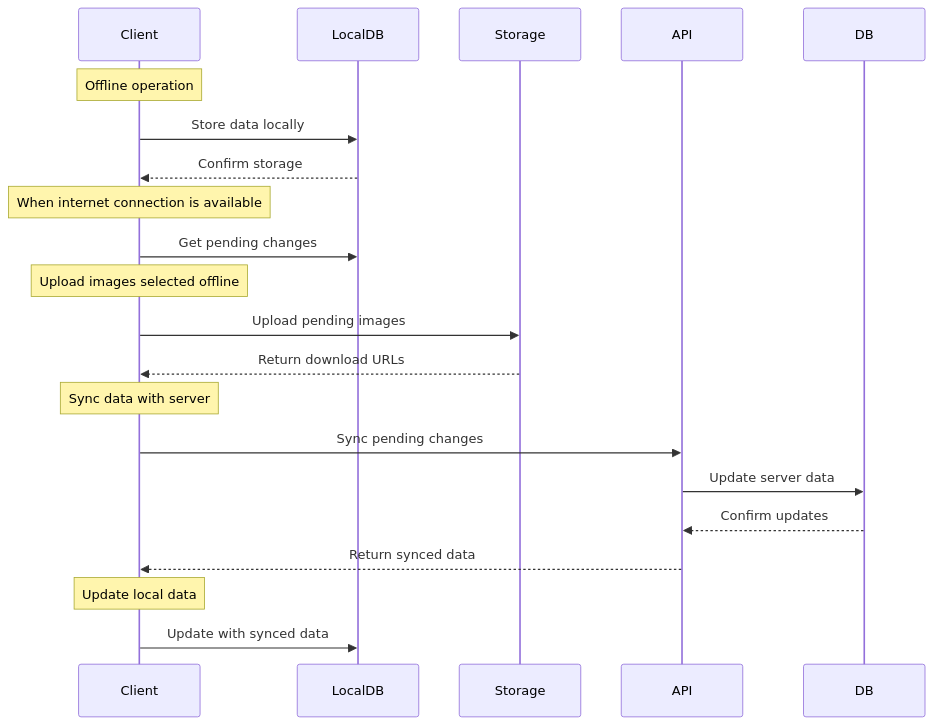
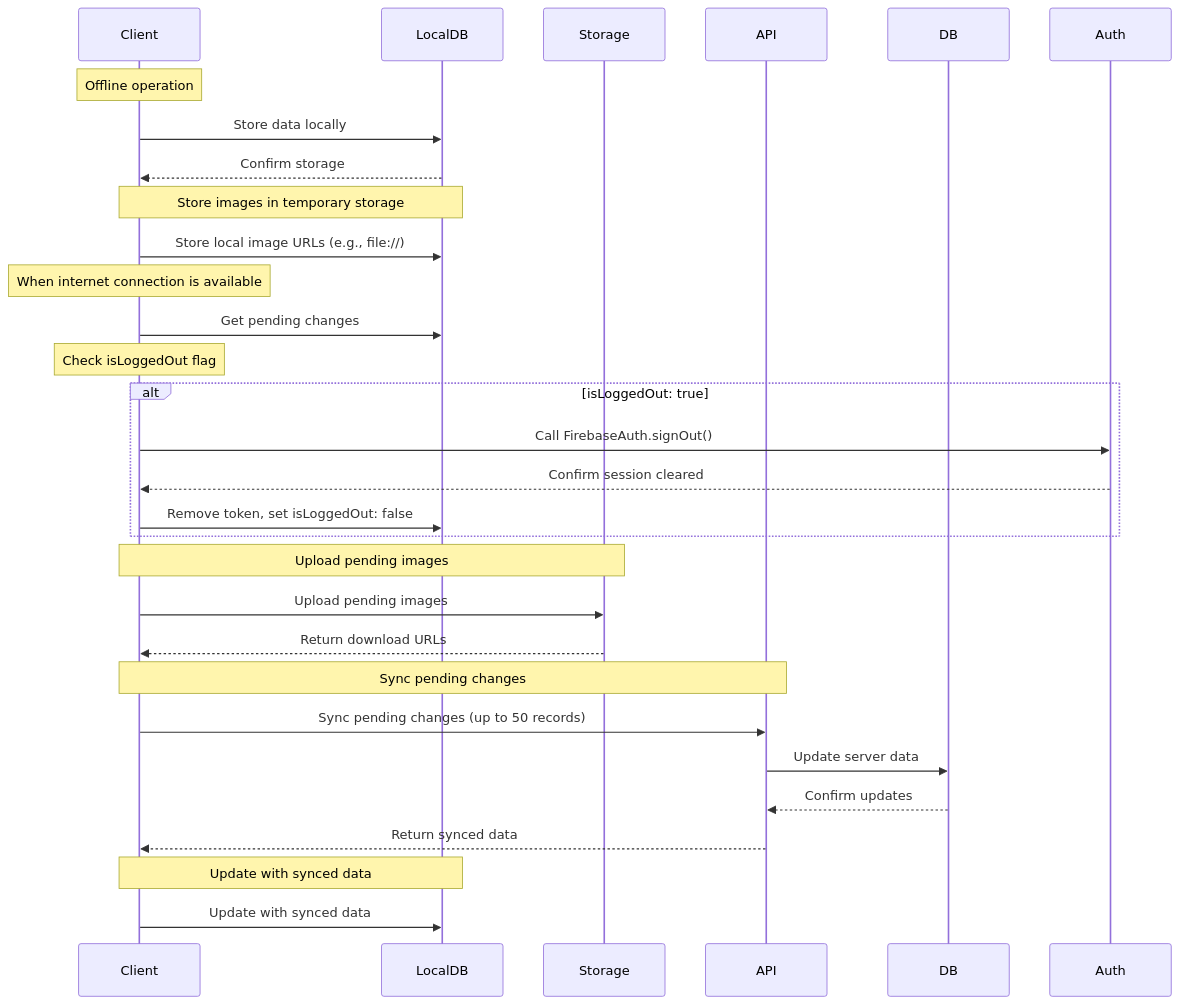
One commit to lhhiep2204/Locify changed the third of 5 diagrams in docs/Locify_System_Architecture.md. Above: the diagram before and after it, drawn with Mermaid. The commit also changed other lines of this file and 5 other files, not shown here.

Commit message:
Update documentation for clarity and optimized data flow notes

````diff
--- a/docs/Locify_System_Architecture.md
+++ b/docs/Locify_System_Architecture.md
@@ -179,24 +131,32 @@
 ```mermaid
 sequenceDiagram
     participant Client
     participant LocalDB
     participant Storage
     participant API
     participant DB
 
     Note over Client: Offline operation
     Client->>LocalDB: Store data locally
     LocalDB-->>Client: Confirm storage
+    Note over Client,LocalDB: Store images in temporary storage
+    Client->>LocalDB: Store local image URLs (e.g., file://)
     Note over Client: When internet connection is available
     Client->>LocalDB: Get pending changes
-    Note over Client: Upload images selected offline
+    Note over Client: Check isLoggedOut flag
+    alt isLoggedOut: true
+        Client->>Auth: Call FirebaseAuth.signOut()
+        Auth-->>Client: Confirm session cleared
+        Client->>LocalDB: Remove token, set isLoggedOut: false
+    end
+    Note over Client,Storage: Upload pending images
     Client->>Storage: Upload pending images
     Storage-->>Client: Return download URLs
-    Note over Client: Sync data with server
-    Client->>API: Sync pending changes
+    Note over Client,API: Sync pending changes
+    Client->>API: Sync pending changes (up to 50 records)
     API->>DB: Update server data
     DB-->>API: Confirm updates
     API-->>Client: Return synced data
-    Note over Client: Update local data
+    Note over Client,LocalDB: Update with synced data
     Client->>LocalDB: Update with synced data
 ```
````
